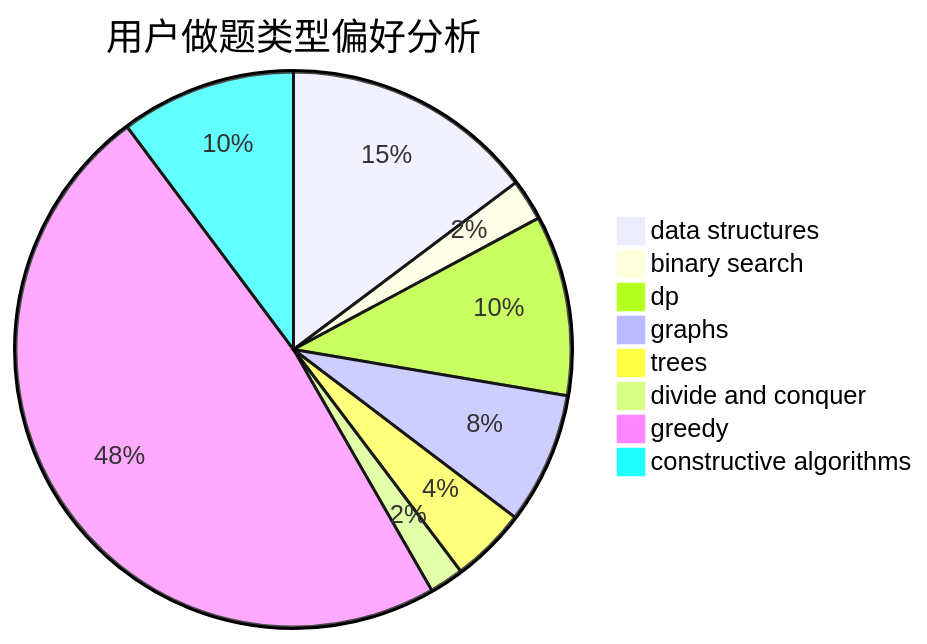
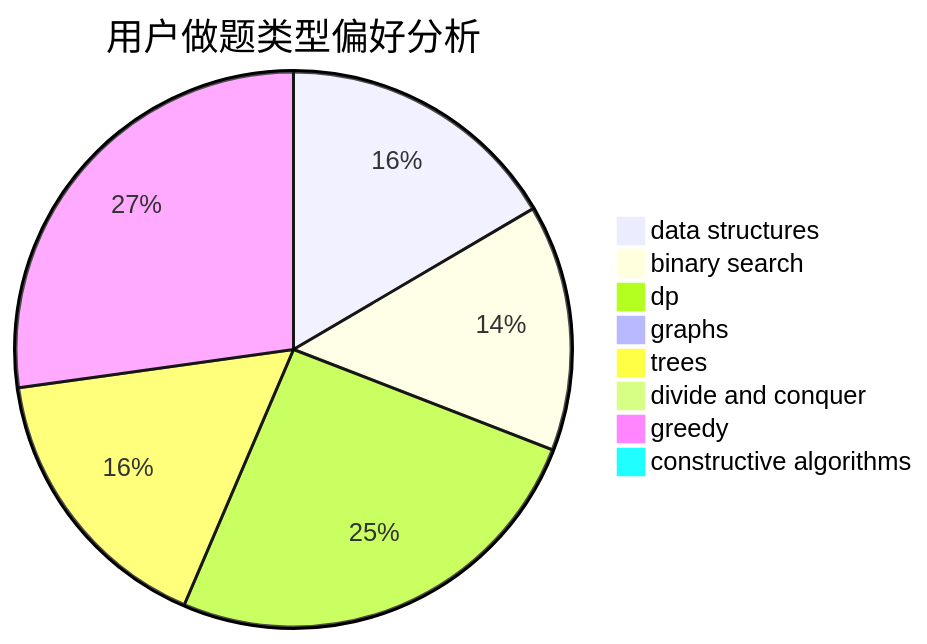
The second of 3 diagrams in docs/user/u2018.md (sherpahu/cfrs.github.io), drawn with Mermaid before and after one commit. The commit also changed other lines of this file and 2770 other files, not shown here.

````diff
--- a/docs/user/u2018.md
+++ b/docs/user/u2018.md
@@ -23,11 +23,11 @@
 ```mermaid
 pie title 用户做题类型偏好分析
-    "data structures" :  104
-    "binary search" :  17
-    "dp" :  74
-    "graphs" :  54
-    "trees" :  31
-    "divide and conquer" :  14
-    "greedy" :  339
-    "constructive algorithms" :  72
+    "data structures" :  90
+    "binary search" :  78
+    "dp" :  139
+    "graphs" :  5
+    "trees" :  89
+    "divide and conquer" :  0
+    "greedy" :  148
+    "constructive algorithms" :  1
 ```
````
